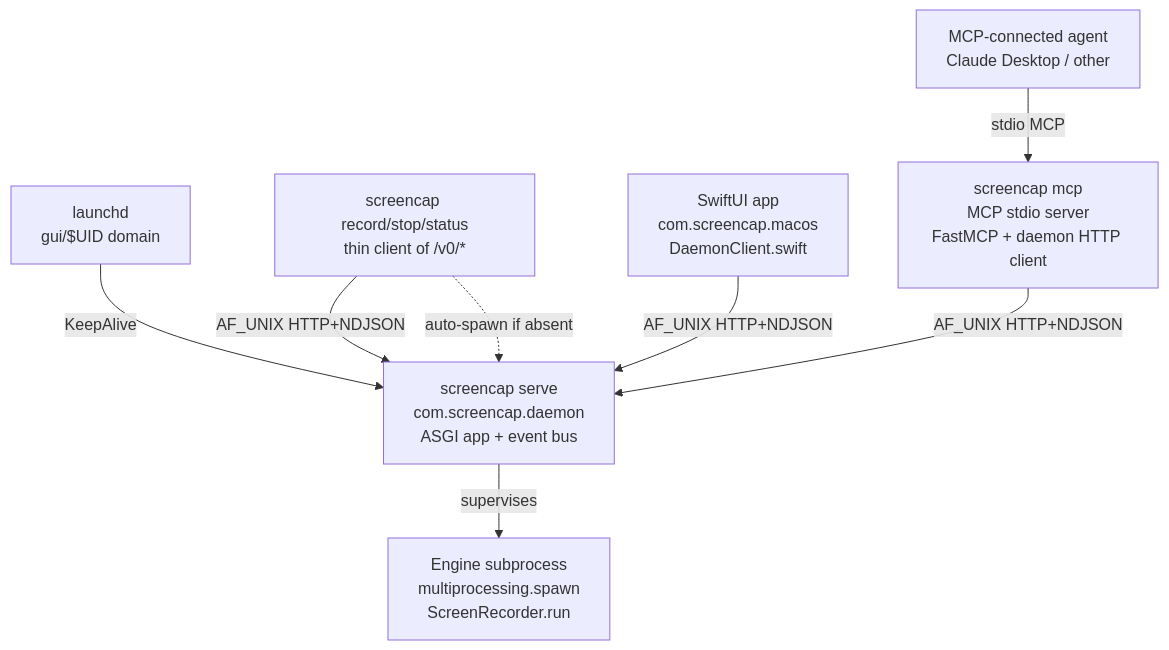
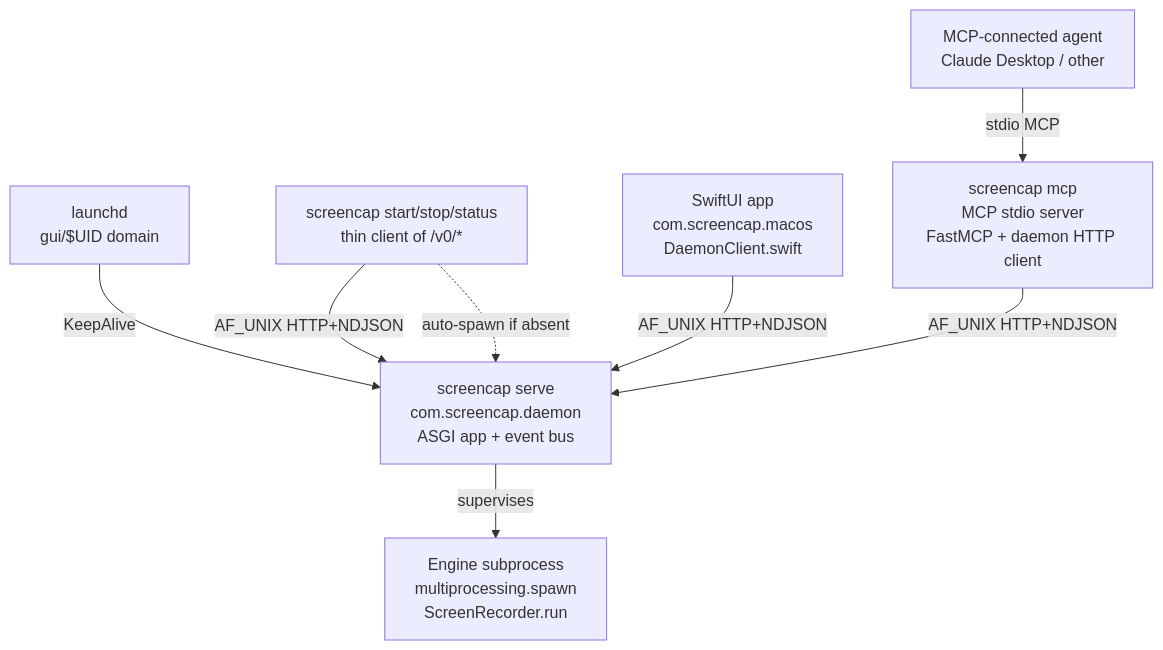
The first of 3 diagrams in docs/plans/2026-05-08-002-feat-daemon-architecture-phase-2-plan.md (eeshsaxena/screencap), drawn with Mermaid before and after one commit. The commit also changed other lines of this file and 14 other files, not shown here.

````diff
--- a/docs/plans/2026-05-08-002-feat-daemon-architecture-phase-2-plan.md
+++ b/docs/plans/2026-05-08-002-feat-daemon-architecture-phase-2-plan.md
@@ -201,18 +222,18 @@
 ```mermaid
 graph TB
     launchd[launchd<br/>gui/$UID domain]
     daemon[screencap serve<br/>com.screencap.daemon<br/>ASGI app + event bus]
     engine[Engine subprocess<br/>multiprocessing.spawn<br/>ScreenRecorder.run]
-    cli[screencap record/stop/status<br/>thin client of /v0/*]
+    cli[screencap start/stop/status<br/>thin client of /v0/*]
     swiftui[SwiftUI app<br/>com.screencap.macos<br/>DaemonClient.swift]
     mcp[screencap mcp<br/>MCP stdio server<br/>FastMCP + daemon HTTP client]
     agent[MCP-connected agent<br/>Claude Desktop / other]
 
     launchd -- KeepAlive --> daemon
     daemon -- supervises --> engine
     swiftui -- AF_UNIX HTTP+NDJSON --> daemon
     cli -- AF_UNIX HTTP+NDJSON --> daemon
     mcp -- AF_UNIX HTTP+NDJSON --> daemon
     agent -- stdio MCP --> mcp
     cli -. auto-spawn if absent .-> daemon
 ```
````
